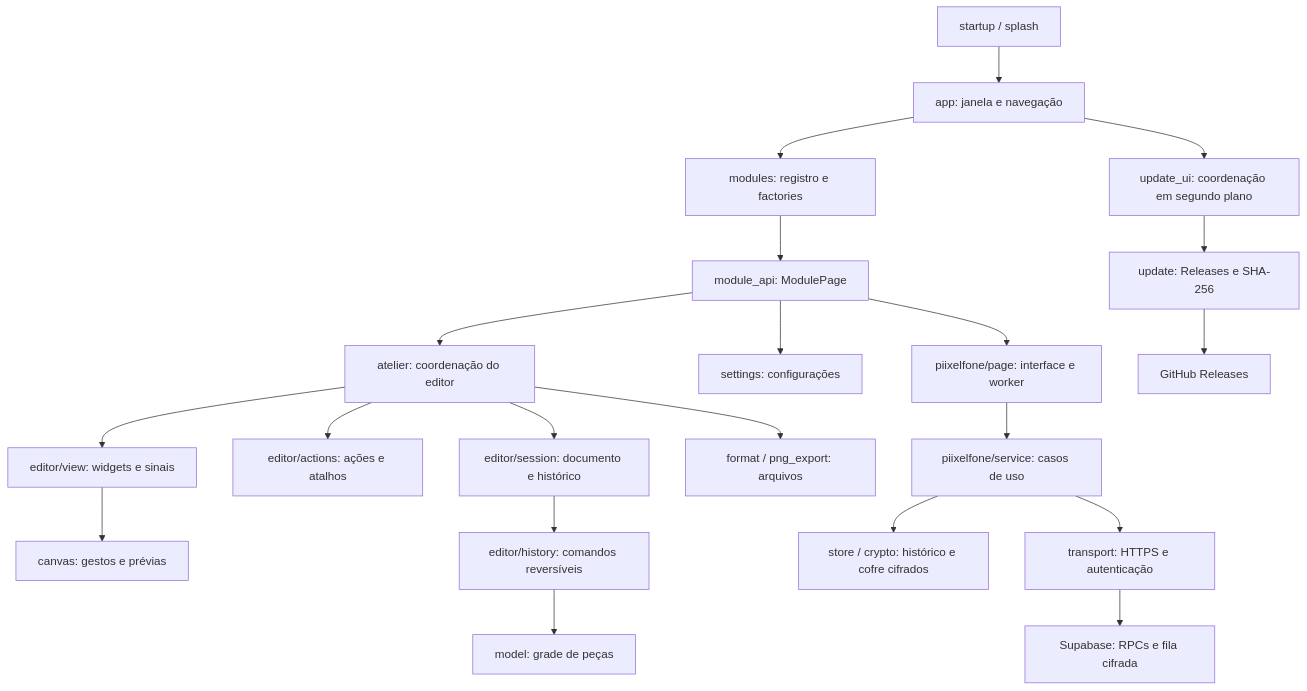
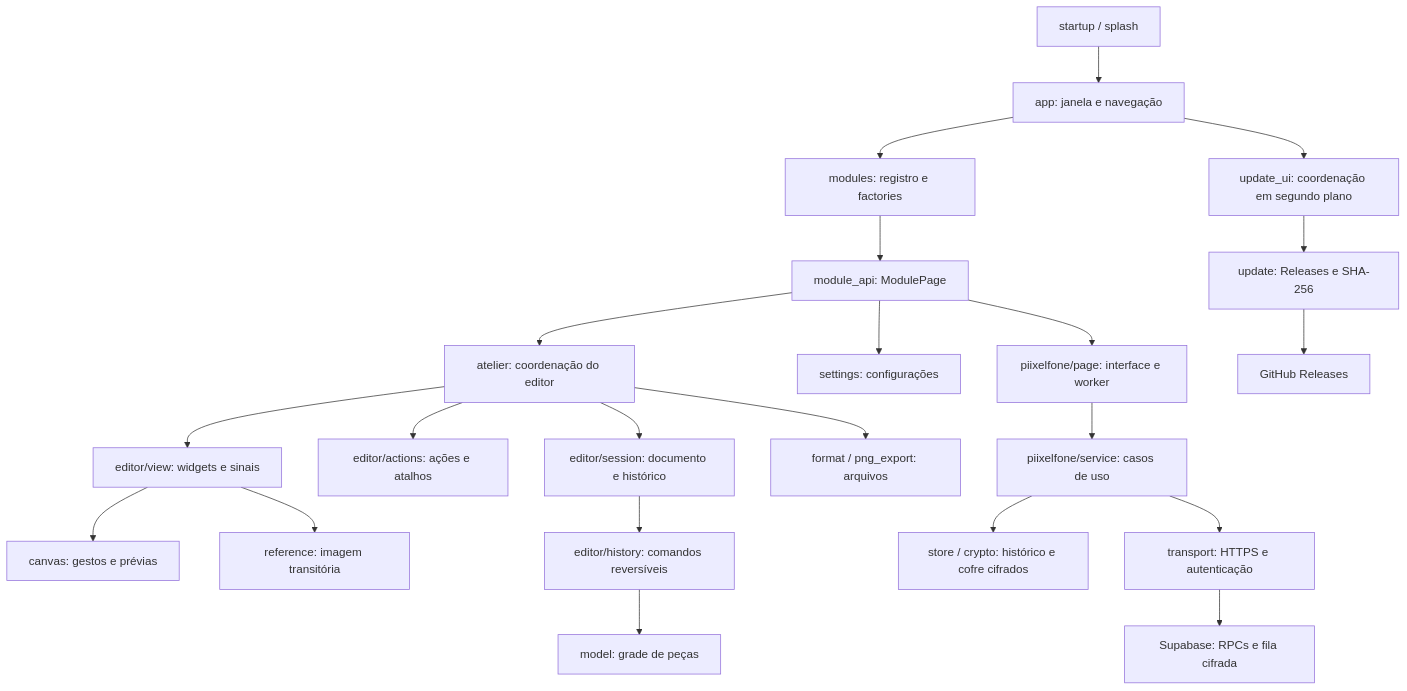
Before and after one commit to IHenriqueCSN/piixel: the diagram in docs/arquitetura.md, drawn with Mermaid. The commit also changed other lines of this file and 12 other files, not shown here.

````diff
--- a/docs/arquitetura.md
+++ b/docs/arquitetura.md
@@ -5,23 +5,24 @@
 ```mermaid
 flowchart TD
     Bootstrap["startup / splash"] --> Shell["app: janela e navegação"]
     Shell --> Registry["modules: registro e factories"]
     Registry --> Contract["module_api: ModulePage"]
     Contract --> Atelier["atelier: coordenação do editor"]
     Contract --> Settings["settings: configurações"]
     Shell --> UpdateUI["update_ui: coordenação em segundo plano"]
     UpdateUI --> Update["update: Releases e SHA-256"]
     Update --> GitHub["GitHub Releases"]
     Contract --> Phone["piixelfone/page: interface e worker"]
     Phone --> PhoneService["piixelfone/service: casos de uso"]
     PhoneService --> PhoneStore["store / crypto: histórico e cofre cifrados"]
     PhoneService --> Transport["transport: HTTPS e autenticação"]
     Transport --> Supabase["Supabase: RPCs e fila cifrada"]
     Atelier --> View["editor/view: widgets e sinais"]
     Atelier --> Actions["editor/actions: ações e atalhos"]
     Atelier --> Session["editor/session: documento e histórico"]
     Session --> History["editor/history: comandos reversíveis"]
     History --> Model["model: grade de peças"]
     View --> Canvas["canvas: gestos e prévias"]
+    View --> Reference["reference: imagem transitória"]
     Atelier --> Files["format / png_export: arquivos"]
 ```
````
